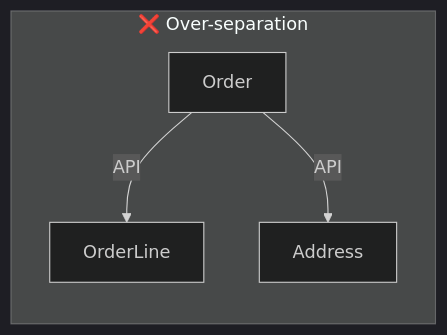
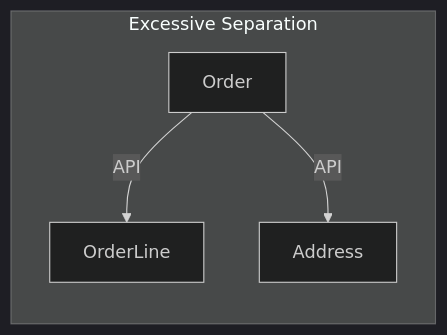
The second of 2 diagrams in content/en/docs/ddd/concepts/anti-patterns.md (advanced-beginner/advanced-beginner.github.io), drawn with Mermaid (dark theme) before and after one commit. The commit also changed other lines of this file and 26 other files, not shown here.

````diff
--- a/content/en/docs/ddd/concepts/anti-patterns.md
+++ b/content/en/docs/ddd/concepts/anti-patterns.md
@@ -52,10 +53,10 @@
 ```mermaid
 flowchart LR
-    subgraph Bad["❌ Over-separation"]
+    subgraph Bad["Excessive Separation"]
         O["Order"]
         OL["OrderLine"]
         A["Address"]
         O -->|API| OL
         O -->|API| A
     end
 ```
````
